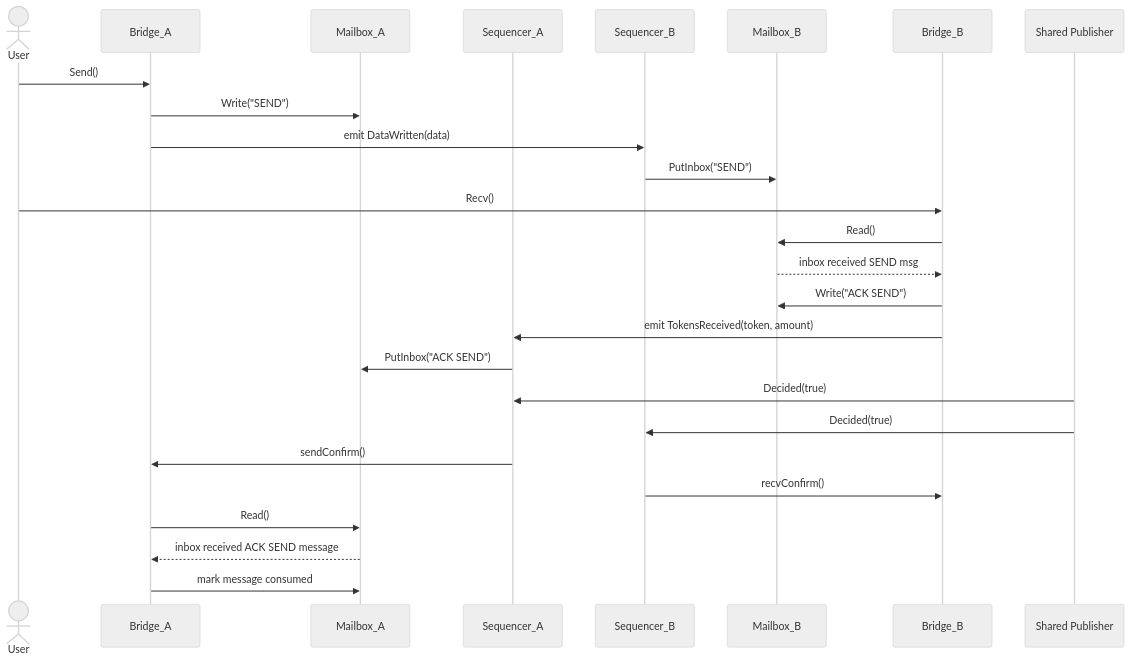
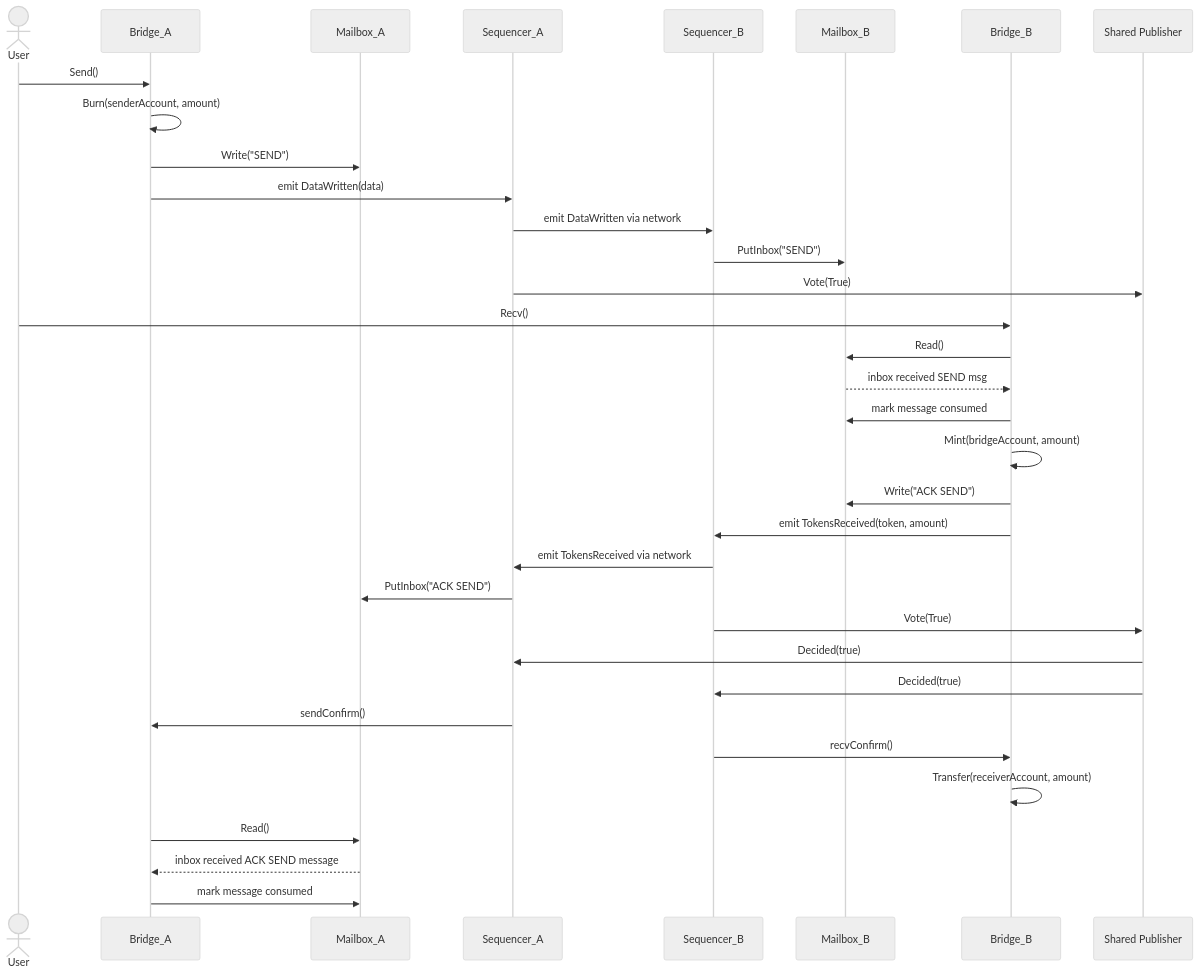
Before and after one commit to mariovmendes/contracts: the first of 2 diagrams in INTERLEAVED_BRIDGE.md, drawn with Mermaid (neutral theme). The commit also changed other lines of this file, not shown here.

Commit message:
Update to INTERLEAVED_BRIDGE.md based on feedback

````diff
--- a/INTERLEAVED_BRIDGE.md
+++ b/INTERLEAVED_BRIDGE.md
@@ -52,29 +51,37 @@
 ```mermaid
 sequenceDiagram
     actor User
     participant BA as Bridge_A
     participant MA as Mailbox_A
     participant SA as Sequencer_A
     participant SB as Sequencer_B
     participant MR as Mailbox_B
     participant BR as Bridge_B
     participant SP as Shared Publisher
     
     User ->> BA: Send()
+    BA ->> BA: Burn(senderAccount, amount)
     BA ->> MA: Write("SEND")
-    BA->>SB:emit DataWritten(data);
+    BA->>SA:emit DataWritten(data);
+    SA->>SB: emit DataWritten via network
     SB ->> MR: PutInbox("SEND")
+    SA ->> SP: Vote(True)
     User ->> BR: Recv()
     BR->>MR: Read()
     MR-->>BR: inbox received  SEND msg
+    BR ->> MR: mark message consumed
+    BR ->> BR: Mint(bridgeAccount, amount)
     BR->>MR: Write("ACK SEND")
-    BR->>SA:emit TokensReceived(token, amount)
+    BR->>SB:emit TokensReceived(token, amount)
+    SB->>SA: emit TokensReceived via network
     SA->>MA: PutInbox("ACK SEND")
+    SB->>SP: Vote(True)
     SP ->> SA: Decided(true)
     SP ->> SB: Decided(true)
     SA ->> BA:  sendConfirm()
     SB ->> BR:  recvConfirm()
+    BR ->> BR: Transfer(receiverAccount, amount)
     BA ->> MA: Read()
     MA -->> BA: inbox received ACK SEND message
     BA ->> MA: mark message consumed
 ```
````
